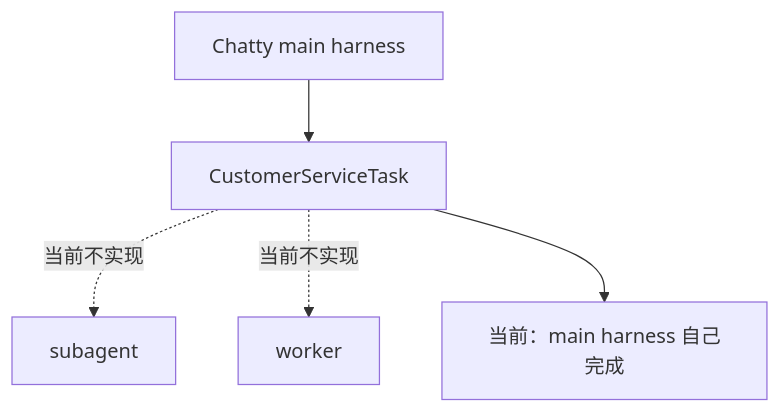
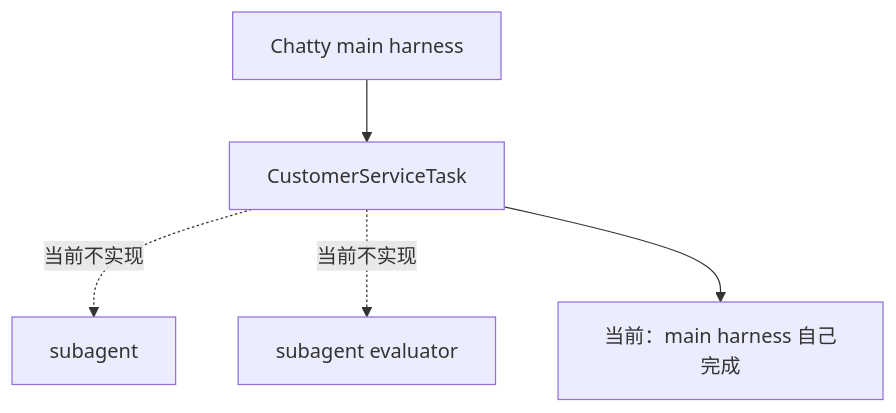
The sixth of 24 diagrams in docs/design.md (ImWenyaoT/chatty), drawn with Mermaid before and after one commit. The commit also changed other lines of this file and 30 other files, not shown here.

````diff
--- a/docs/design.md
+++ b/docs/design.md
@@ -160,7 +160,7 @@
 ```mermaid
 flowchart TB
   Main["Chatty main harness"] --> Task["CustomerServiceTask"]
   Task -. "当前不实现" .-> Reviewer["subagent"]
-  Task -. "当前不实现" .-> Evaluator["worker"]
+  Task -. "当前不实现" .-> Evaluator["subagent evaluator"]
   Task --> Now["当前：main harness 自己完成"]
 ```
````
